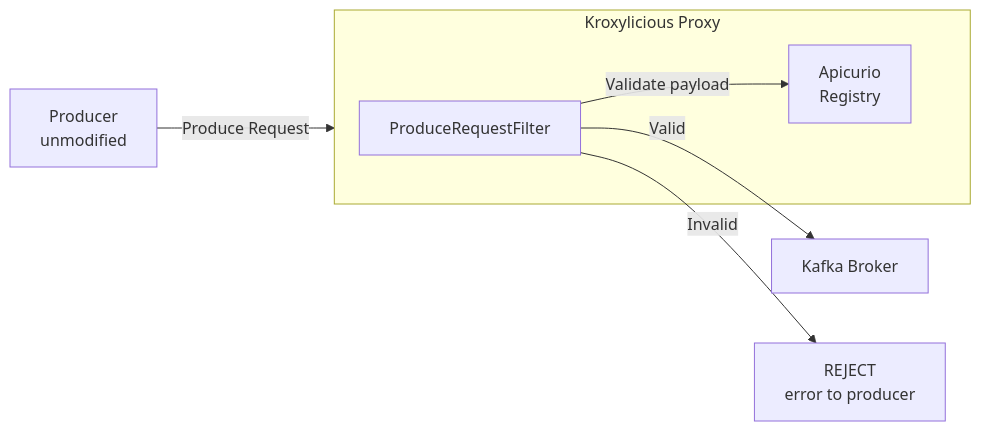
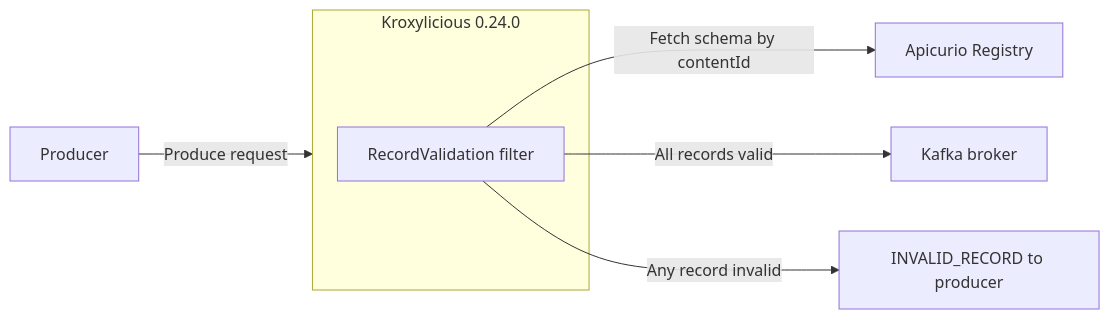
The diagram in talks/kafka-proxy-schema-validation/README.md (carlesarnal/conferences), drawn with Mermaid before and after one commit. The commit also changed other lines of this file and 163 other files, not shown here.

````diff
--- a/talks/kafka-proxy-schema-validation/README.md
+++ b/talks/kafka-proxy-schema-validation/README.md
@@ -9,12 +18,12 @@
 ```mermaid
 graph LR
-    Producer[Producer\nunmodified] -->|Produce Request| Proxy
+    Producer[Producer] -->|Produce request| Proxy
 
-    subgraph Proxy[Kroxylicious Proxy]
-        Filter[ProduceRequestFilter]
-        Filter -->|Validate payload| Registry[Apicurio\nRegistry]
+    subgraph Proxy[Kroxylicious 0.24.0]
+        Filter[RecordValidation filter]
     end
 
-    Filter -->|Valid| Kafka[Kafka Broker]
-    Filter -->|Invalid| Reject[REJECT\nerror to producer]
+    Filter -->|Fetch schema by contentId| Registry[Apicurio Registry]
+    Filter -->|All records valid| Kafka[Kafka broker]
+    Filter -->|Any record invalid| Reject[INVALID_RECORD to producer]
 ```
````
